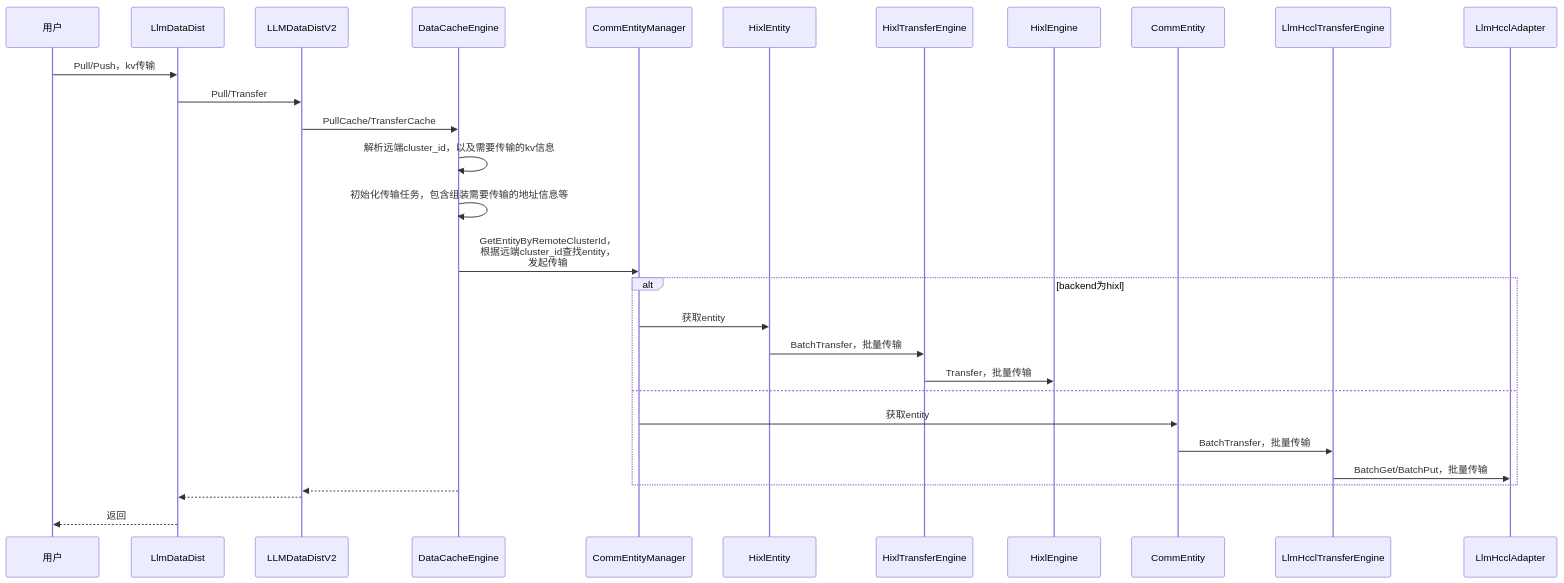
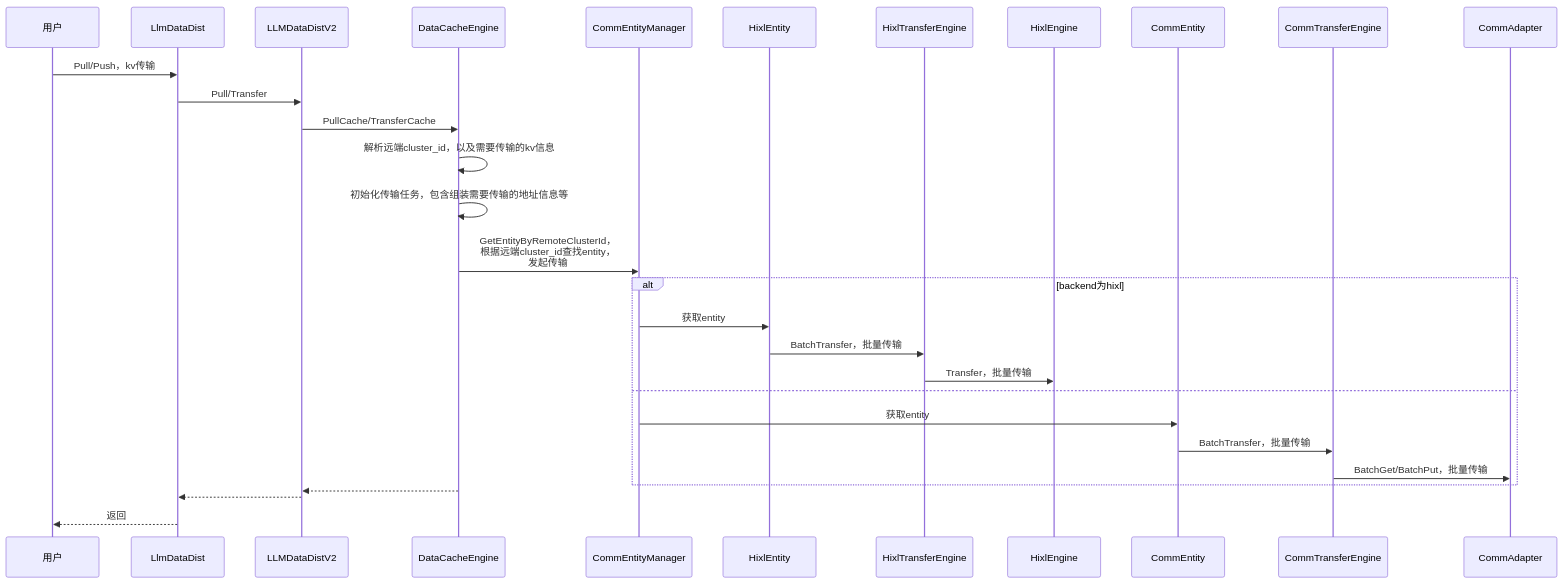
Before and after one commit to hicann/hixl: the sixth of 6 diagrams in docs/zh/design/llm-datadist_supporting_the_hixl_transfer_backend.md, drawn with Mermaid. The commit also changed other lines of this file and 51 other files, not shown here.

First paragraph of the commit message:
[refactor]: rename llm_datadist LlmHccl/adapter_hccl to Comm/comm_adapter

````diff
--- a/docs/zh/design/llm-datadist_supporting_the_hixl_transfer_backend.md
+++ b/docs/zh/design/llm-datadist_supporting_the_hixl_transfer_backend.md
@@ -286,21 +286,21 @@
 ```mermaid
 sequenceDiagram
   用户 ->> LlmDataDist: Pull/Push，kv传输
   LlmDataDist ->> LLMDataDistV2: Pull/Transfer
   LLMDataDistV2 ->> DataCacheEngine: PullCache/TransferCache
   DataCacheEngine ->> DataCacheEngine: 解析远端cluster_id，以及需要传输的kv信息
   DataCacheEngine ->> DataCacheEngine: 初始化传输任务，包含组装需要传输的地址信息等
   DataCacheEngine ->> CommEntityManager: GetEntityByRemoteClusterId，<br>根据远端cluster_id查找entity，<br>发起传输
   alt backend为hixl
     CommEntityManager ->> HixlEntity: 获取entity
     HixlEntity ->> HixlTransferEngine: BatchTransfer，批量传输
     HixlTransferEngine ->> HixlEngine: Transfer，批量传输
   else
     CommEntityManager ->> CommEntity: 获取entity
-    CommEntity ->> LlmHcclTransferEngine: BatchTransfer，批量传输
-    LlmHcclTransferEngine ->> LlmHcclAdapter: BatchGet/BatchPut，批量传输
+    CommEntity ->> CommTransferEngine: BatchTransfer，批量传输
+    CommTransferEngine ->> CommAdapter: BatchGet/BatchPut，批量传输
   end
   DataCacheEngine -->> LLMDataDistV2:
   LLMDataDistV2 -->> LlmDataDist:
   LlmDataDist -->> 用户: 返回
 ```
````
